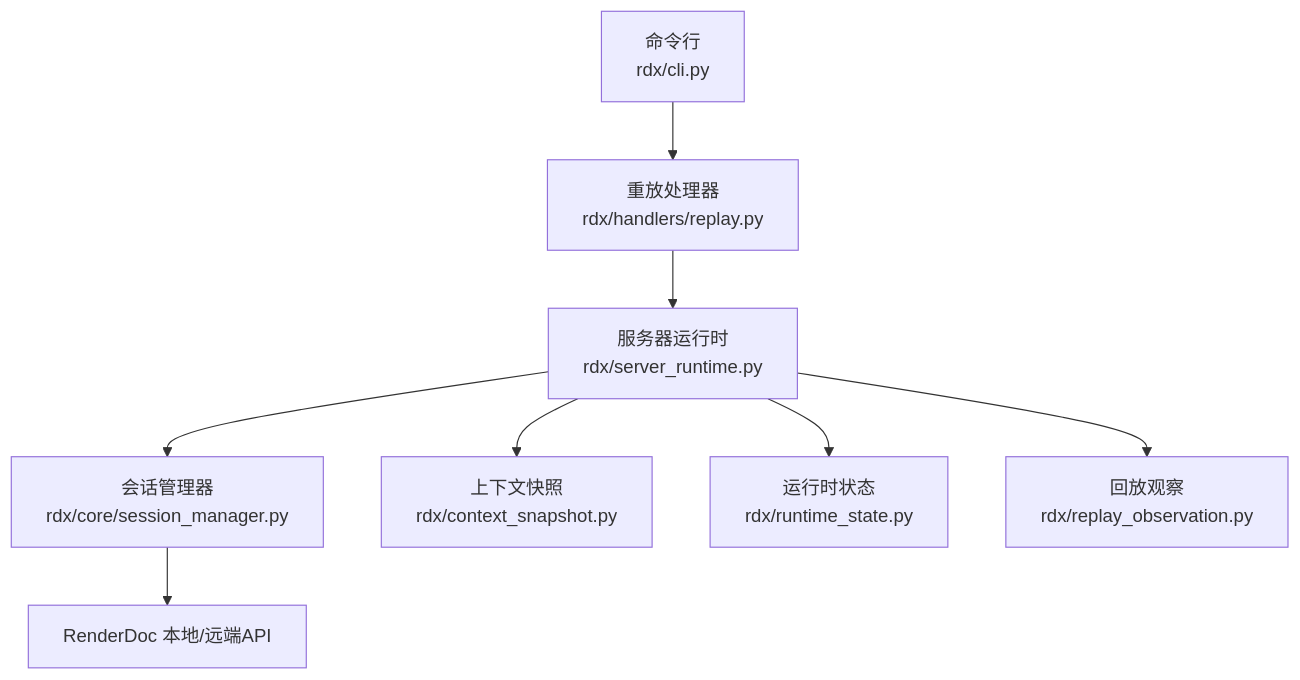
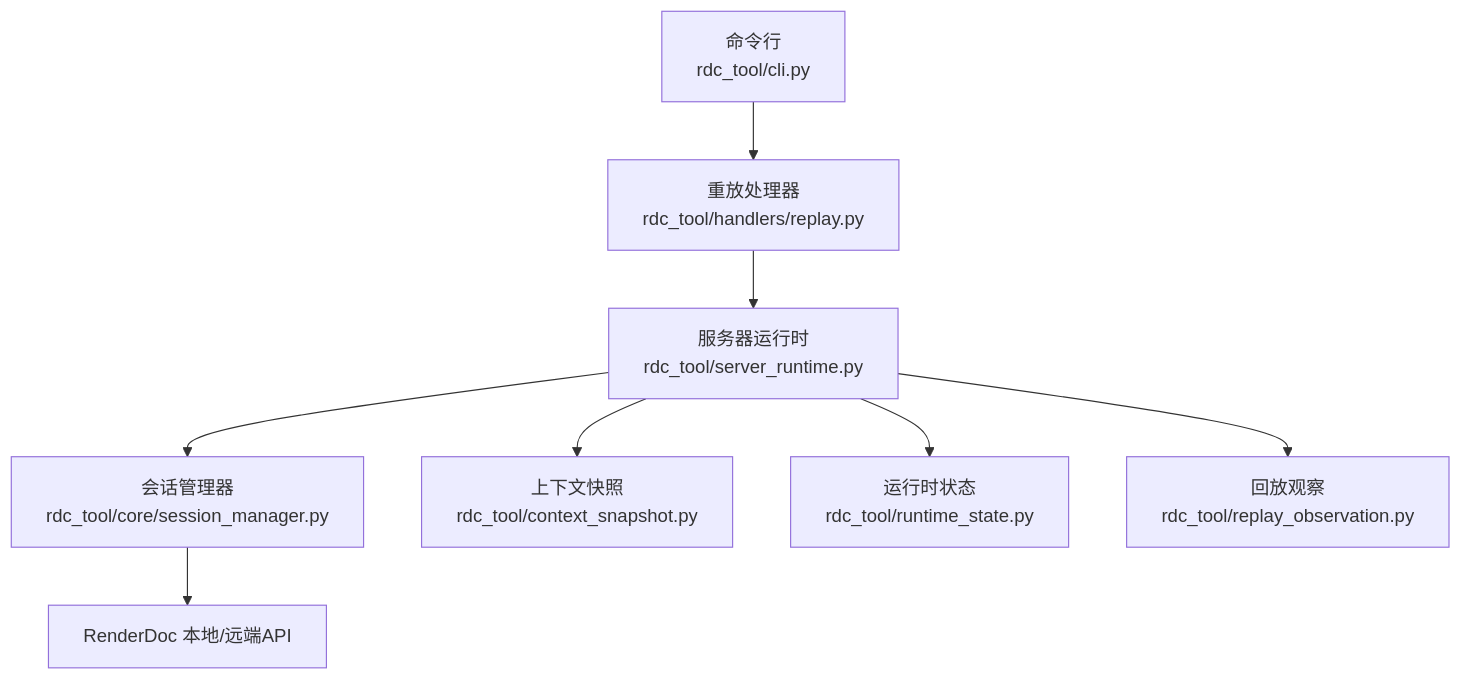
One commit to haolange/RDC-Tool changed the first of 8 diagrams in .qoder/repowiki/zh/content/API规范/捕获文件与Replay会话API/Replay会话管理.md. Above: the diagram before and after it, drawn with Mermaid. The commit also changed other lines of this file and 388 other files, not shown here.

First line of the commit message:
Release RDC-Tool identity and public maintenance surface

````diff
--- a/.qoder/repowiki/zh/content/API规范/捕获文件与Replay会话API/Replay会话管理.md
+++ b/.qoder/repowiki/zh/content/API规范/捕获文件与Replay会话API/Replay会话管理.md
@@ -43,10 +43,10 @@
 ```mermaid
 graph TB
-CLI["命令行<br/>rdx/cli.py"] --> Handler["重放处理器<br/>rdx/handlers/replay.py"]
-Handler --> Runtime["服务器运行时<br/>rdx/server_runtime.py"]
-Runtime --> SM["会话管理器<br/>rdx/core/session_manager.py"]
-Runtime --> CS["上下文快照<br/>rdx/context_snapshot.py"]
-Runtime --> RS["运行时状态<br/>rdx/runtime_state.py"]
-Runtime --> RO["回放观察<br/>rdx/replay_observation.py"]
+CLI["命令行<br/>rdc_tool/cli.py"] --> Handler["重放处理器<br/>rdc_tool/handlers/replay.py"]
+Handler --> Runtime["服务器运行时<br/>rdc_tool/server_runtime.py"]
+Runtime --> SM["会话管理器<br/>rdc_tool/core/session_manager.py"]
+Runtime --> CS["上下文快照<br/>rdc_tool/context_snapshot.py"]
+Runtime --> RS["运行时状态<br/>rdc_tool/runtime_state.py"]
+Runtime --> RO["回放观察<br/>rdc_tool/replay_observation.py"]
 SM --> RD["RenderDoc 本地/远端API"]
 ```
````
